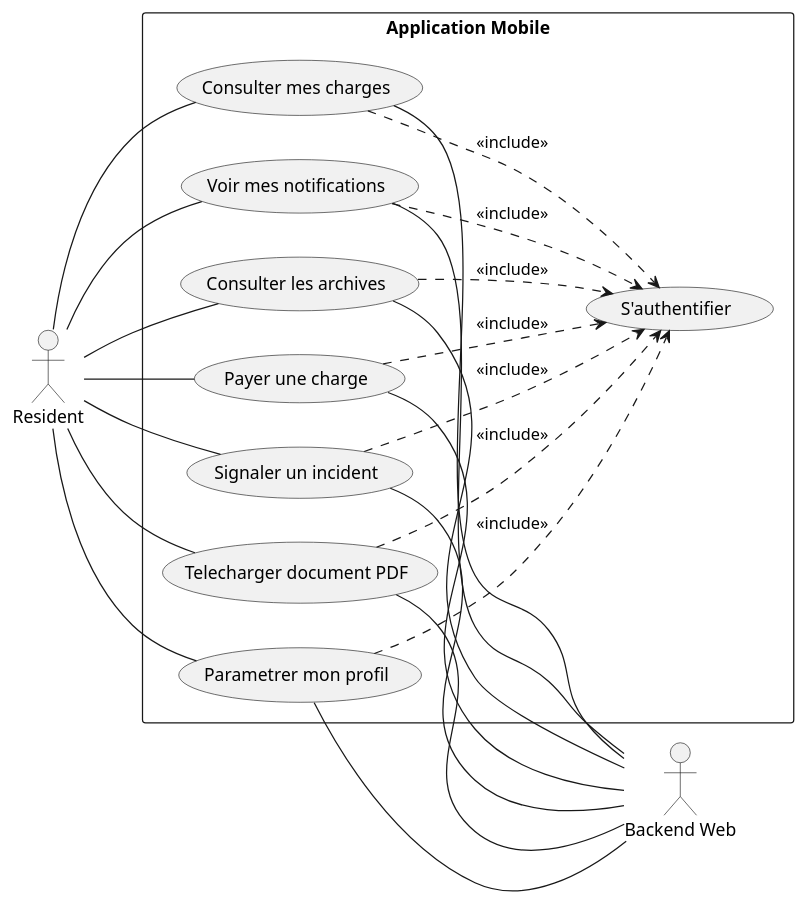
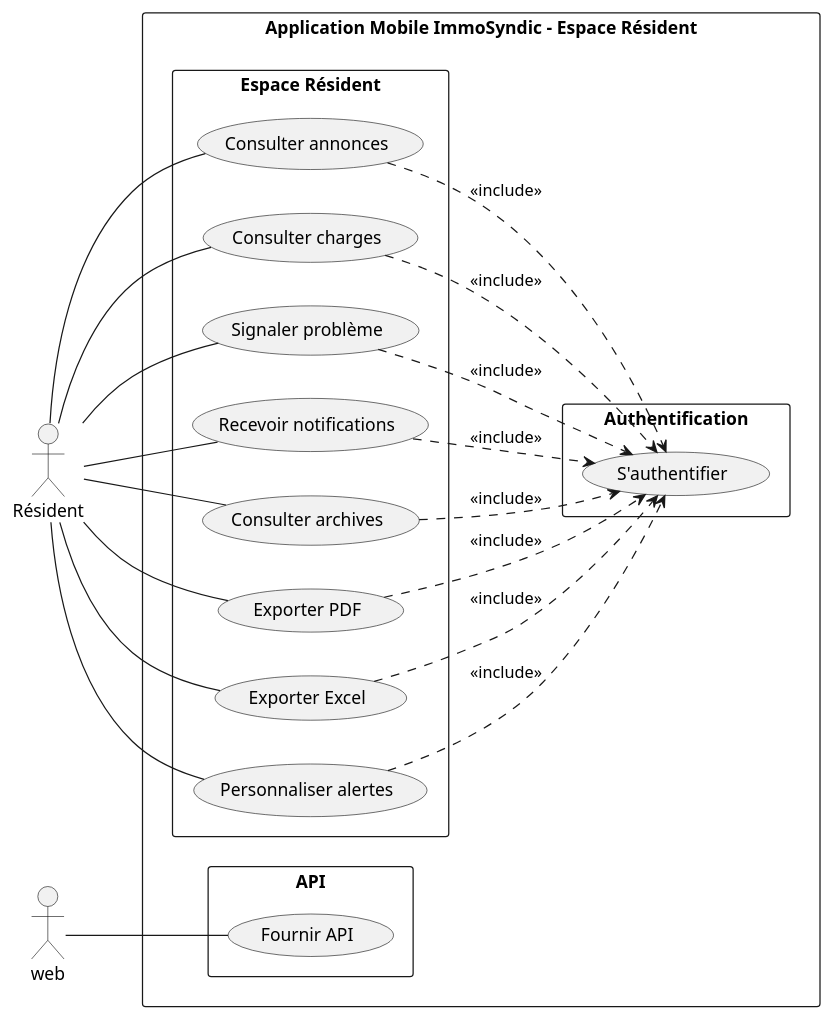
The diagram in analyse/ideation/cas_utilisation/diagramme_global/use_case_globale_mobile.puml (fadna-lakhouchen/Projet-finale), drawn with PlantUML before and after one commit. The commit also changed 27 other files, not shown here.

```diff
--- a/analyse/ideation/cas_utilisation/diagramme_global/use_case_globale_mobile.puml
+++ b/analyse/ideation/cas_utilisation/diagramme_global/use_case_globale_mobile.puml
@@ -1,42 +1,54 @@
-@startuml ImmoSyndic_Sprint2_Mobile
+@startuml ImmoSyndic_Mobile_Resident
 left to right direction
+skinparam packageStyle rectangle
+skinparam shadowing false
 
-actor "Resident" as Resident
-actor "Backend Web" as Web
+actor "Résident" as Resident
+actor "web" as web
 
-rectangle "Application Mobile" {
-  usecase "S'authentifier" as Auth
-  usecase "Consulter mes charges" as ViewCharges
-  usecase "Voir mes notifications" as ViewNotifs
-  usecase "Consulter les archives" as ViewArchives
-  usecase "Payer une charge" as PayCharge
-  usecase "Signaler un incident" as ReportIncident
-  usecase "Telecharger document PDF" as DownloadPDF
-  usecase "Parametrer mon profil" as ManageProfile
+rectangle "Application Mobile ImmoSyndic - Espace Résident" {
+
+  package "Authentification" {
+    usecase "S'authentifier" as Auth
+  }
+
+  package "Espace Résident" {
+
+    usecase "Consulter charges" as ViewCharges
+    usecase "Signaler problème" as ReportIssue
+    usecase "Recevoir notifications" as GetNotifs
+    usecase "Consulter archives" as ViewArchives
+    usecase "Exporter PDF" as ExportPDF
+    usecase "Exporter Excel" as ExportExcel
+    usecase "Personnaliser alertes" as SetAlerts
+    usecase "Consulter annonces" as ViewNews
+
+    ViewCharges ..> Auth : <<include>>
+    ReportIssue ..> Auth : <<include>>
+    GetNotifs ..> Auth : <<include>>
+    ViewArchives ..> Auth : <<include>>
+    ExportPDF ..> Auth : <<include>>
+    ExportExcel ..> Auth : <<include>>
+    SetAlerts ..> Auth : <<include>>
+    ViewNews ..> Auth : <<include>>
+  }
+
+  package "API" {
+    usecase "Fournir API" as ProvideAPI
+  }
 }
 
-ViewCharges ..> Auth : <<include>>
-ViewNotifs ..> Auth : <<include>>
-ViewArchives ..> Auth : <<include>>
-PayCharge ..> Auth : <<include>>
-ReportIncident ..> Auth : <<include>>
-DownloadPDF ..> Auth : <<include>>
-ManageProfile ..> Auth : <<include>>
+' Resident interacts with web system
+Resident -- ViewCharges
+Resident -- ReportIssue
+Resident -- GetNotifs
+Resident -- ViewArchives
+Resident -- ExportPDF
+Resident -- ExportExcel
+Resident -- SetAlerts
+Resident -- ViewNews
 
-Resident -- ViewCharges
-Resident -- ViewNotifs
-Resident -- ViewArchives
-Resident -- PayCharge
-Resident -- ReportIncident
-Resident -- DownloadPDF
-Resident -- ManageProfile
-
-ViewCharges -- Web
-ViewNotifs -- Web
-ViewArchives -- Web
-PayCharge -- Web
-ReportIncident -- Web
-DownloadPDF -- Web
-ManageProfile -- Web
+' web consumes web API
+web -- ProvideAPI
 
 @enduml
```
